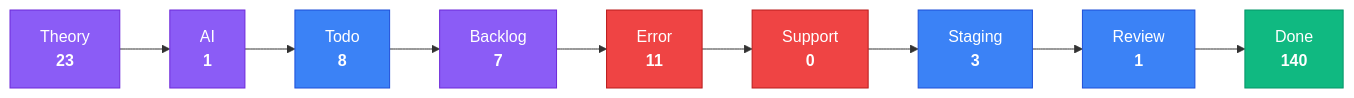
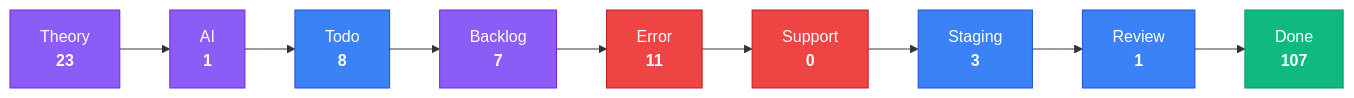
The third of 4 diagrams in apps/kbve/astro-kbve/src/content/docs/dashboard/kanban-data.mdx (KBVE/kbve), drawn with Mermaid before and after one commit. The commit also changed other lines of this file and 8 other files, not shown here.

````diff
--- a/apps/kbve/astro-kbve/src/content/docs/dashboard/kanban-data.mdx
+++ b/apps/kbve/astro-kbve/src/content/docs/dashboard/kanban-data.mdx
@@ -80,28 +80,28 @@
 ```mermaid
 flowchart LR
     classDef planning fill:#8b5cf6,stroke:#6d28d9,color:#fff
     classDef active fill:#3b82f6,stroke:#1d4ed8,color:#fff
     classDef blocked fill:#ef4444,stroke:#b91c1c,color:#fff
     classDef done fill:#10b981,stroke:#059669,color:#fff
     Theory["Theory<br/><strong>23</strong>"]
     Theory --> AI
     AI["AI<br/><strong>1</strong>"]
     AI --> Todo
     Todo["Todo<br/><strong>8</strong>"]
     Todo --> Backlog
     Backlog["Backlog<br/><strong>7</strong>"]
     Backlog --> Error
     Error["Error<br/><strong>11</strong>"]
     Error --> Support
     Support["Support<br/><strong>0</strong>"]
     Support --> Staging
     Staging["Staging<br/><strong>3</strong>"]
     Staging --> Review
     Review["Review<br/><strong>1</strong>"]
     Review --> Done
-    Done["Done<br/><strong>140</strong>"]
+    Done["Done<br/><strong>107</strong>"]
     class Theory,AI,Backlog planning
     class Todo,Staging,Review active
     class Error,Support blocked
     class Done done
 ```
````
